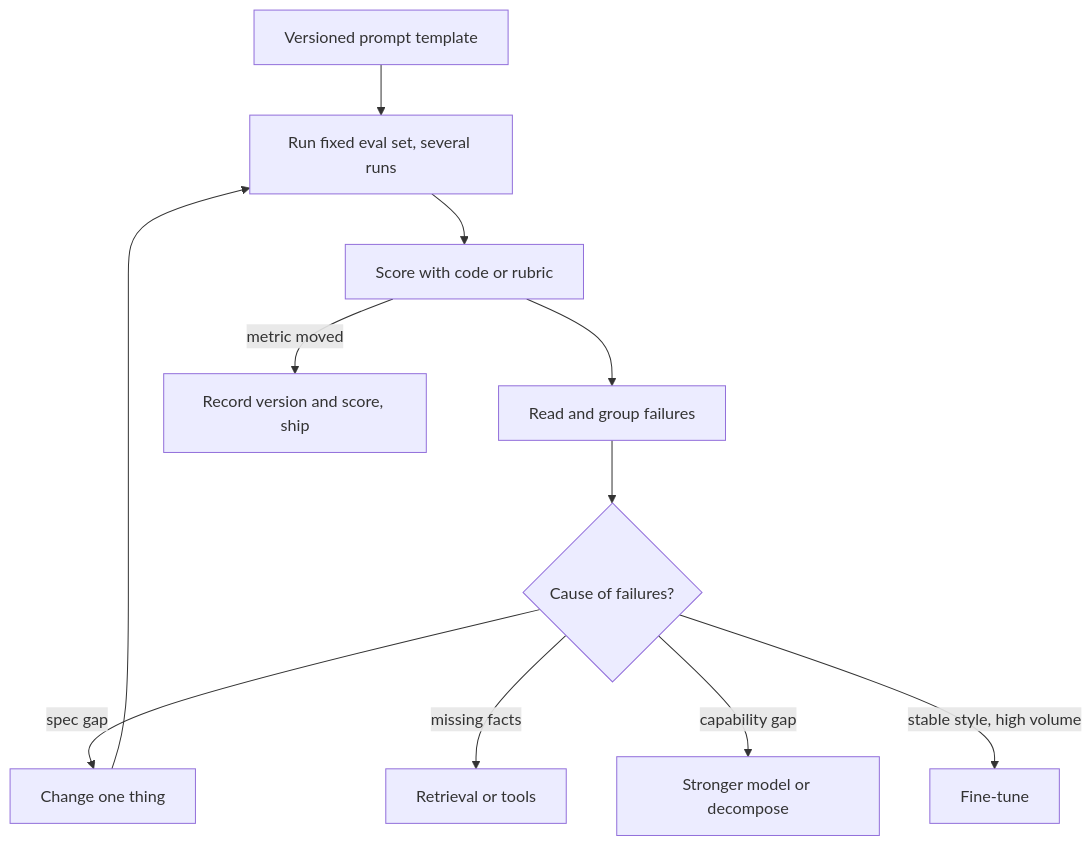
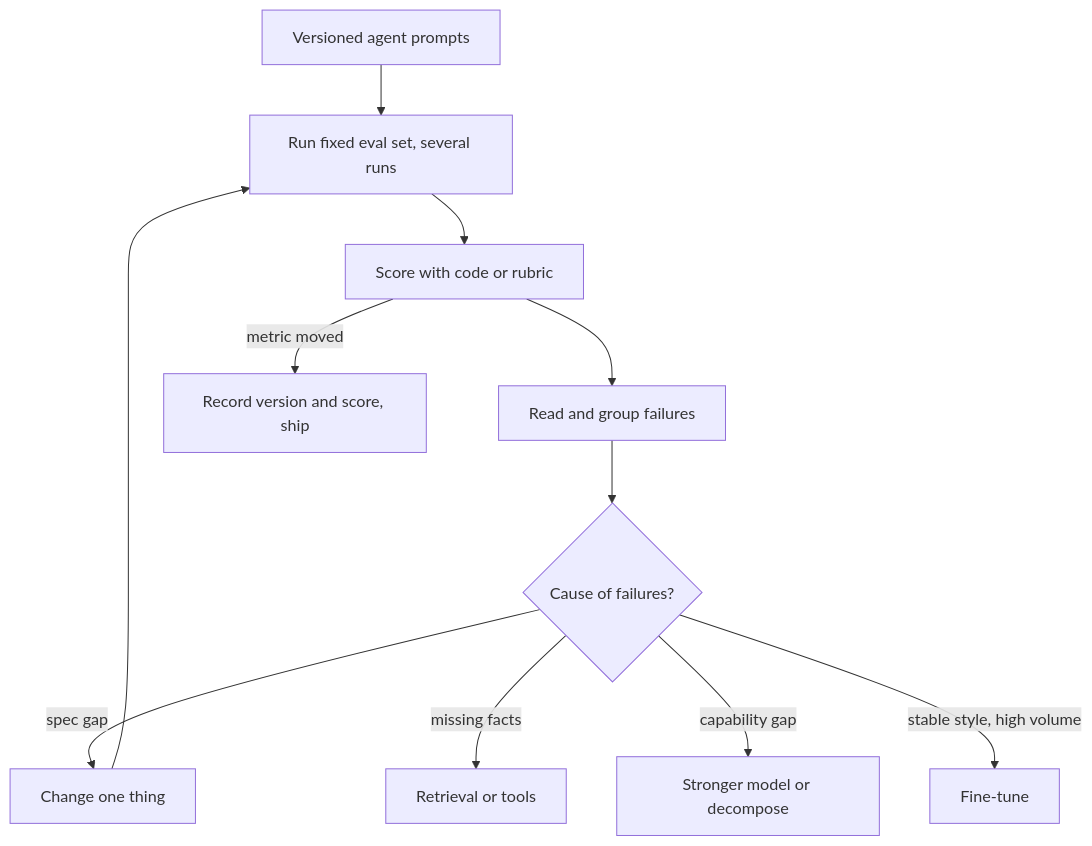
The diagram in content/prompting/prompt-engineering.md (lovishmahajan97/agentic-learning), drawn with Mermaid before and after one commit. The commit also changed other lines of this file and 485 other files, not shown here.

````diff
--- a/content/prompting/prompt-engineering.md
+++ b/content/prompting/prompt-engineering.md
@@ -119,13 +148,13 @@
 ```mermaid
 flowchart TD
-    A["Versioned prompt template"] --> B["Run fixed eval set, several runs"]
+    A["Versioned agent prompts"] --> B["Run fixed eval set, several runs"]
     B --> C["Score with code or rubric"]
     C --> D["Read and group failures"]
     D --> E{"Cause of failures?"}
     E -->|"spec gap"| F["Change one thing"]
     F --> B
     E -->|"missing facts"| G["Retrieval or tools"]
     E -->|"capability gap"| H["Stronger model or decompose"]
     E -->|"stable style, high volume"| I["Fine-tune"]
     C -->|"metric moved"| J["Record version and score, ship"]
 ```
````
